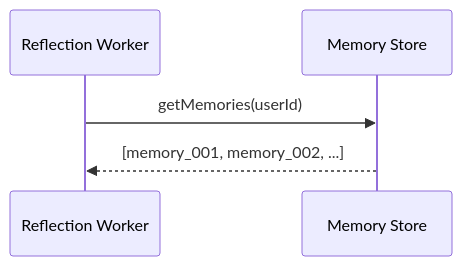
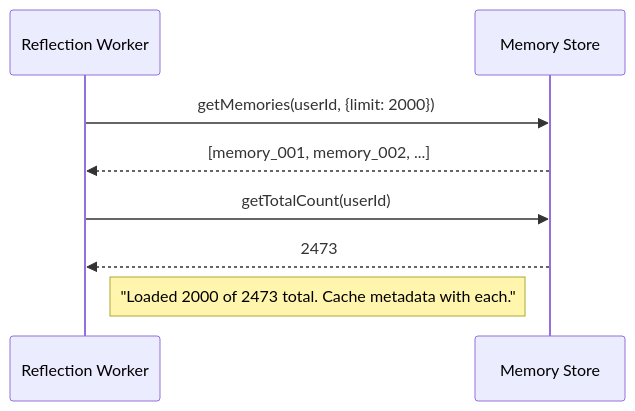
The third of 7 diagrams in Lecture 19 - Agent Memory Systems/notes/06_Claude_Style_Memory_Dreaming_and_Background_Reflection.md (Amie-dev/FDE-and-GenAI-Mastery), drawn with Mermaid before and after one commit. The commit also changed other lines of this file and 9 other files, not shown here.

````diff
--- a/Lecture 19 - Agent Memory Systems/notes/06_Claude_Style_Memory_Dreaming_and_Background_Reflection.md
+++ b/Lecture 19 - Agent Memory Systems/notes/06_Claude_Style_Memory_Dreaming_and_Background_Reflection.md
@@ -84,8 +140,13 @@
 ```mermaid
 sequenceDiagram
     participant Worker as Reflection Worker
     participant Store as Memory Store
-
-    Worker->>Store: getMemories(userId)
+    
+    Worker->>Store: getMemories(userId, {limit: 2000})
     Store-->>Worker: [memory_001, memory_002, ...]
+    
+    Worker->>Store: getTotalCount(userId)
+    Store-->>Worker: 2473
+    
+    Note right of Worker: "Loaded 2000 of 2473 total. Cache metadata with each."
 ```
````
